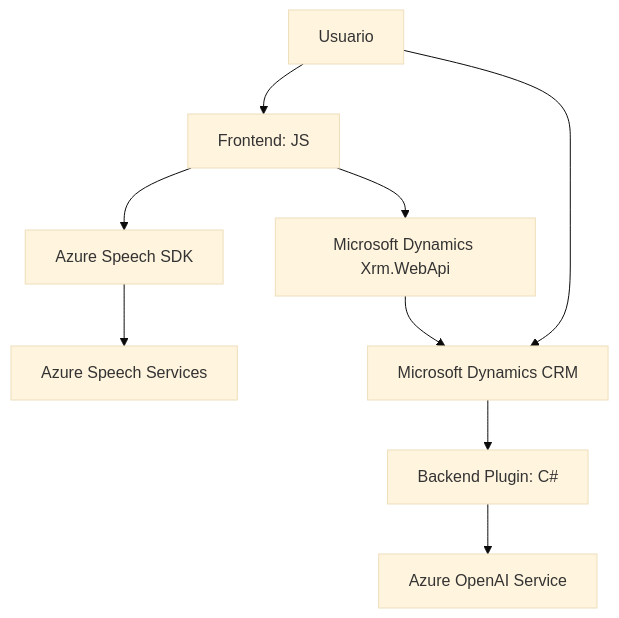
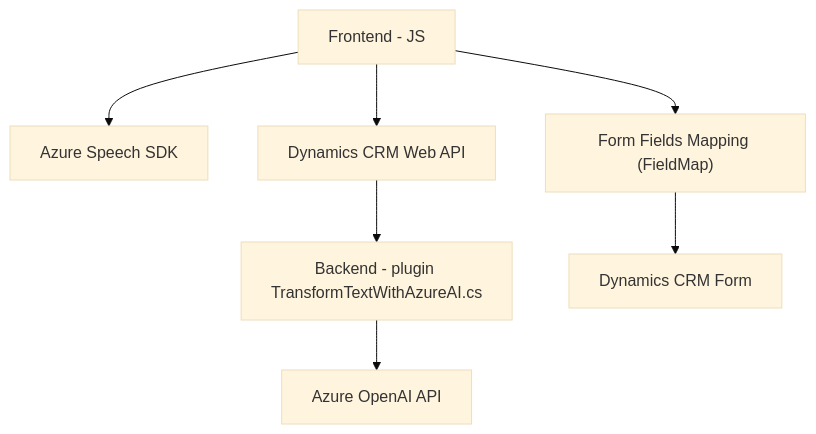
One commit to blopezdm/NETCORE_BILBAO2025 changed the diagram in README.md. Above: the diagram before and after it, drawn with Mermaid (base theme). The commit also changed other lines of this file, not shown here.

````diff
--- a/README.md
+++ b/README.md
@@ -43,20 +38,9 @@
 ```mermaid
 graph TD
-    A["Usuario"]
-    B["Frontend: JS"]
-    C["Azure Speech SDK"]
-    D["Microsoft Dynamics Xrm.WebApi"]
-    E["Azure Speech Services"]
-    F["Backend Plugin: C#"]
-    G["Azure OpenAI Service"]
-    H["Microsoft Dynamics CRM"]
-
-    A --> B
-    B --> C
-    B --> D
-    C --> E
-    D --> H
-    A --> H
-    H --> F
-    F --> G
+    A["Frontend - JS"] --> B["Azure Speech SDK"]
+    A --> C["Dynamics CRM Web API"]
+    C --> D["Backend - plugin TransformTextWithAzureAI.cs"]
+    D --> E["Azure OpenAI API"]
+    A --> F["Form Fields Mapping (FieldMap)"]
+    F --> G["Dynamics CRM Form"]
 ```
````
